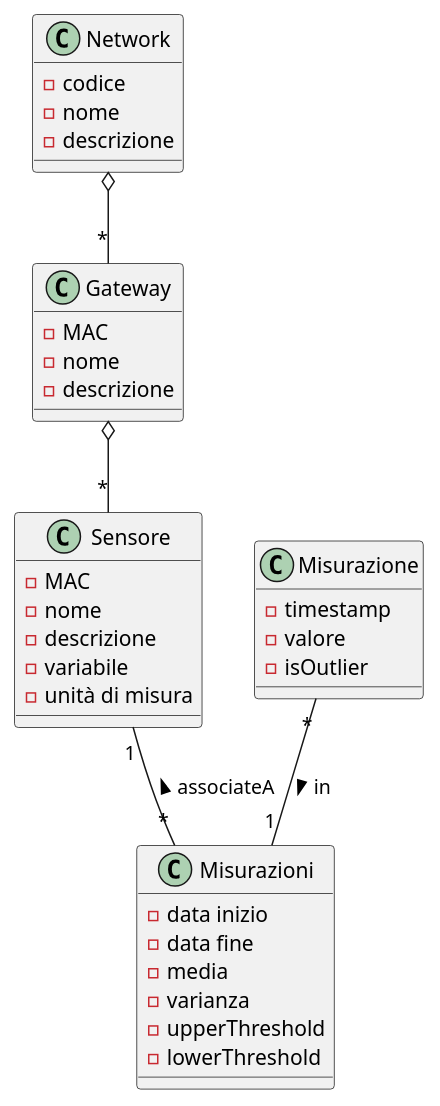
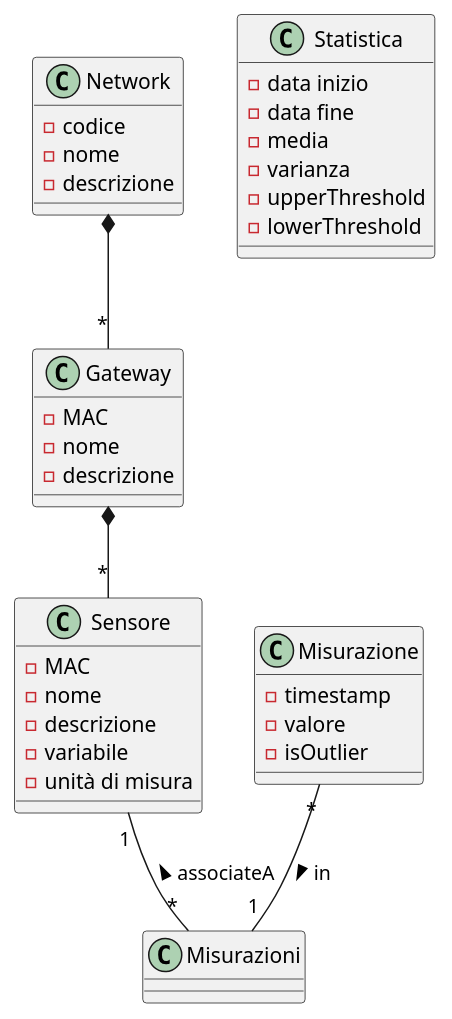
Before and after one commit to luigiaceto/geocontrol: the diagram in doc/Requirements.md, drawn with PlantUML. The commit also changed other lines of this file, not shown here.

````diff
--- a/doc/Requirements.md
+++ b/doc/Requirements.md
@@ -244,43 +241,43 @@
 ``` plantuml
 
 class Network {
   - codice
   - nome
   - descrizione
 }
 
 class Gateway {
  - MAC
  - nome
  - descrizione
 }
 
 class Sensore {
  - MAC
  - nome
  - descrizione
  - variabile
  - unità di misura
 }
 
-class Misurazioni {
+class Statistica {
   - data inizio
   - data fine
   - media
   - varianza
   - upperThreshold
   - lowerThreshold
 }
 
 class Misurazione {
  - timestamp
  - valore
  - isOutlier
 }
 
-Network o-- "*" Gateway
-Gateway o-- "*" Sensore
+Network *-- "*" Gateway
+Gateway *-- "*" Sensore
 Sensore "1" -- "*" Misurazioni : associateA <
 Misurazione "*" -- "1" Misurazioni : in >
 
 ```
````
